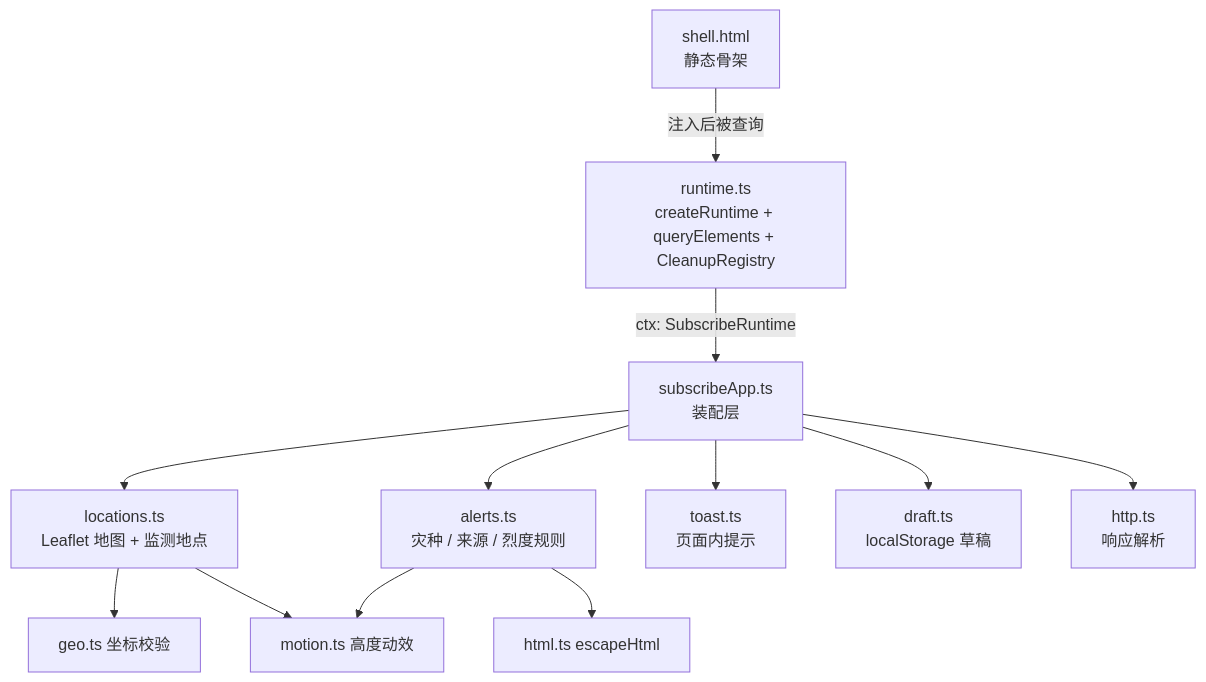
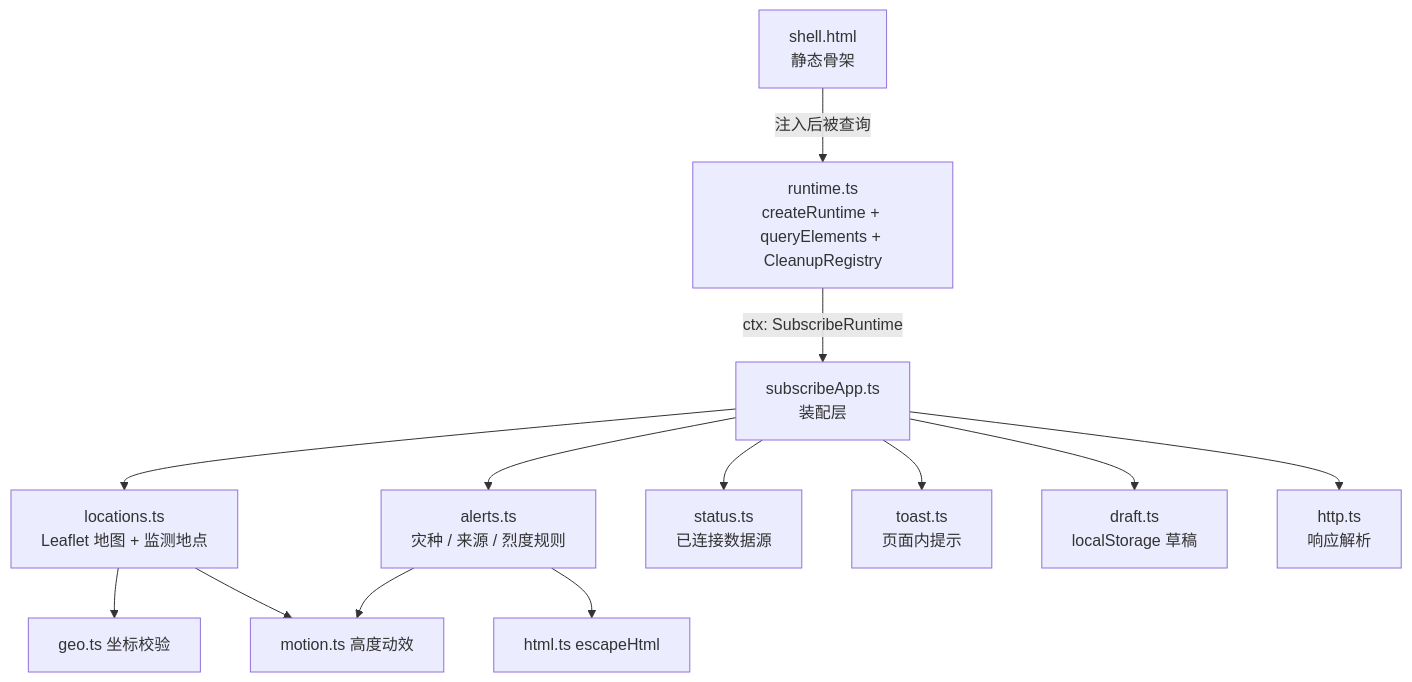
The third of 8 diagrams in docs/architecture.md (luyi2008/disaster-alert-web), drawn with Mermaid before and after one commit. The commit also changed other lines of this file and 5 other files, not shown here.

````diff
--- a/docs/architecture.md
+++ b/docs/architecture.md
@@ -131,20 +131,21 @@
 ```mermaid
 graph TB
     Shell["shell.html<br/>静态骨架"]
     Runtime["runtime.ts<br/>createRuntime + queryElements + CleanupRegistry"]
     App["subscribeApp.ts<br/>装配层"]
 
     Shell -->|"注入后被查询"| Runtime
     Runtime -->|"ctx: SubscribeRuntime"| App
 
     App --> Loc["locations.ts<br/>Leaflet 地图 + 监测地点"]
     App --> Alerts["alerts.ts<br/>灾种 / 来源 / 烈度规则"]
+    App --> Status["status.ts<br/>已连接数据源"]
     App --> Toast["toast.ts<br/>页面内提示"]
 
     Loc --> Geo["geo.ts 坐标校验"]
     App --> Draft["draft.ts<br/>localStorage 草稿"]
     App --> Http["http.ts<br/>响应解析"]
     Loc --> Motion["motion.ts 高度动效"]
     Alerts --> Motion
     Alerts --> Html["html.ts escapeHtml"]
 ```
````
